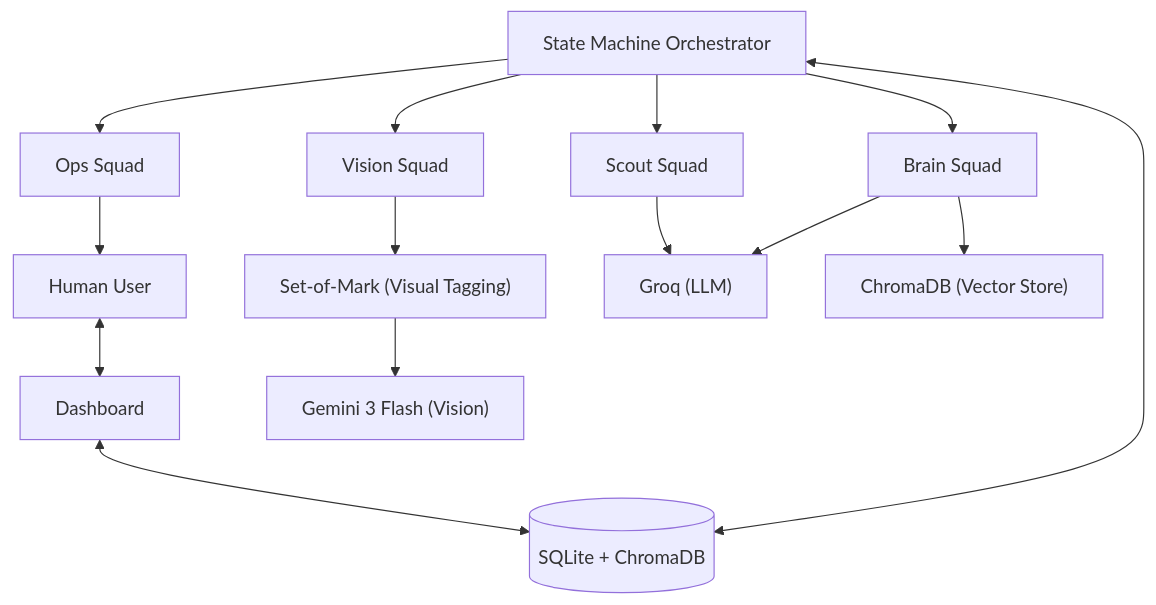
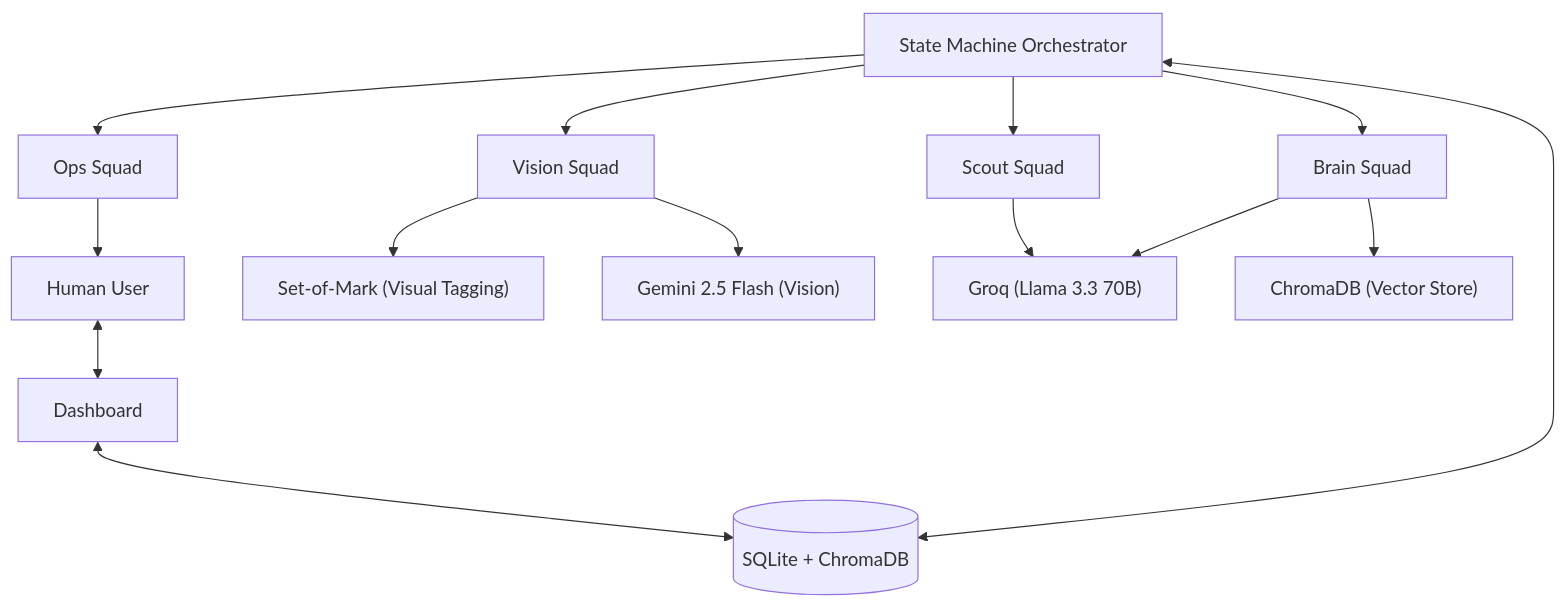
One commit to Nwokike/project-commuter changed the diagram in ARCHITECTURE.md. Above: the diagram before and after it, drawn with Mermaid. The commit also changed other lines of this file and 1 other file, not shown here.

````diff
--- a/ARCHITECTURE.md
+++ b/ARCHITECTURE.md
@@ -7,19 +7,18 @@
 ```mermaid
 graph TD
     User["Human User"] <--> Dashboard
     Dashboard <--> DB[(SQLite + ChromaDB)]
     Orchestrator[State Machine Orchestrator] <--> DB
     Orchestrator --> Scout[Scout Squad]
     Orchestrator --> Vision[Vision Squad]
     Orchestrator --> Brain[Brain Squad]
     Orchestrator --> Ops[Ops Squad]
     
     Vision --> SoM["Set-of-Mark (Visual Tagging)"]
-    SoM --> Gemini["Gemini 3 Flash (Vision)"]
-    Scout --> Groq["Groq (LLM)"]
+    Vision --> Gemini["Gemini 2.5 Flash (Vision)"]
+    Scout --> Groq["Groq (Llama 3.3 70B)"]
     Brain --> ChromaDB["ChromaDB (Vector Store)"]
     Brain --> Groq
     
     Ops --> User
-
 ```
````
